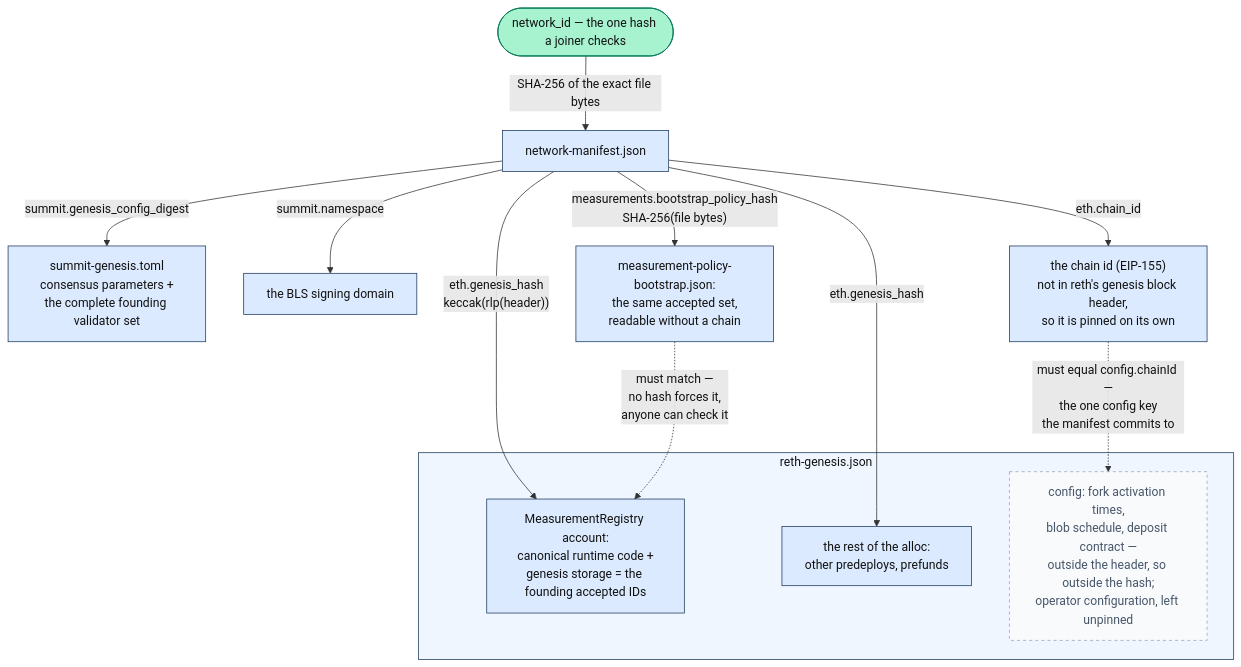
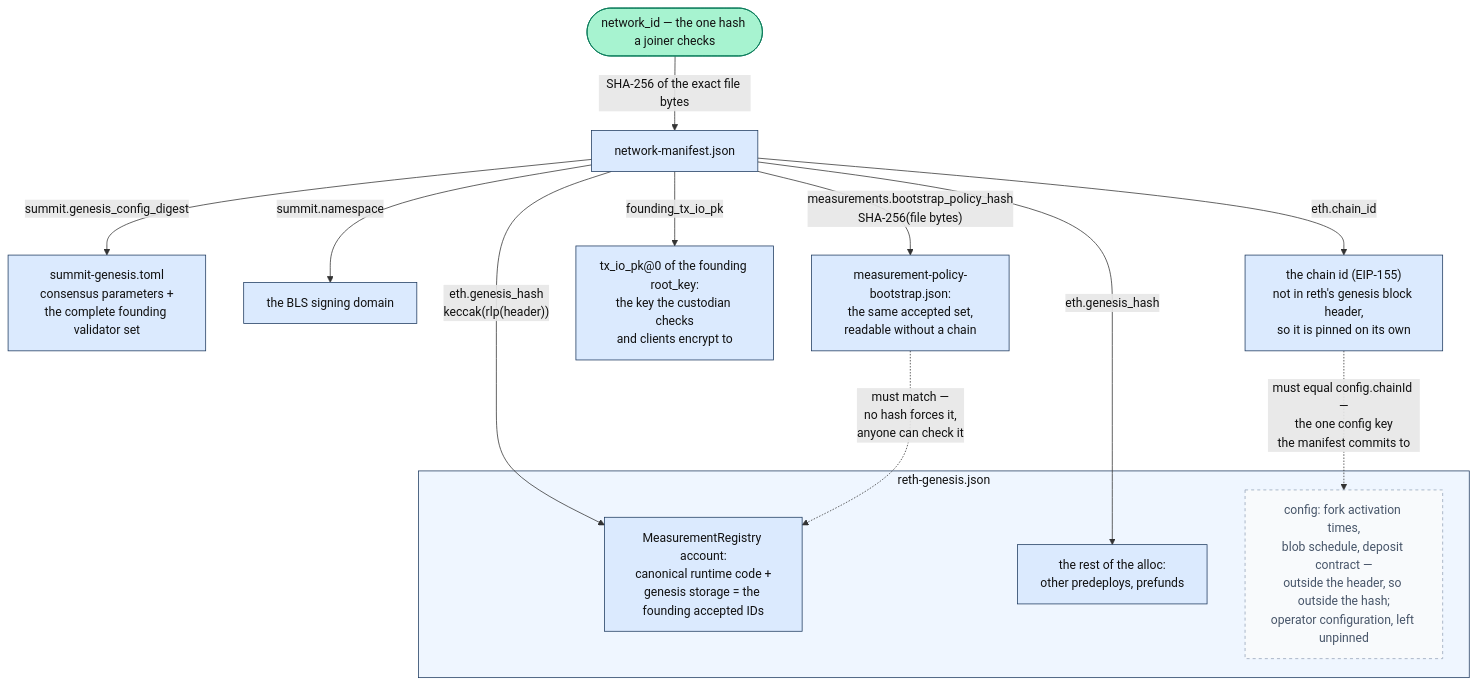
Before and after one commit to SeismicSystems/seismic: the first of 2 diagrams in docs/tee/network-manifest.md, drawn with Mermaid. The commit also changed other lines of this file and 2 other files, not shown here.

````diff
--- a/docs/tee/network-manifest.md
+++ b/docs/tee/network-manifest.md
@@ -14,26 +16,27 @@
 ```mermaid
 flowchart TD
     NID(["network_id — the one hash a joiner checks"])
     NID -->|"SHA-256 of the exact file bytes"| M["network-manifest.json"]
     subgraph RGF["reth-genesis.json"]
         REG["MeasurementRegistry account:<br/>canonical runtime code +<br/>genesis storage = the founding accepted IDs"]
         ALLOC["the rest of the alloc:<br/>other predeploys, prefunds"]
         CFG["config: fork activation times,<br/>blob schedule, deposit contract —<br/>outside the header, so outside the hash;<br/>operator configuration, left unpinned"]
     end
     M -->|"eth.genesis_hash<br/>keccak(rlp(header))"| REG
     M -->|"eth.genesis_hash"| ALLOC
     M -->|"summit.genesis_config_digest"| SG["summit-genesis.toml<br/>consensus parameters +<br/>the complete founding validator set"]
     M -->|"summit.namespace"| NS["the BLS signing domain"]
     M -->|"measurements.bootstrap_policy_hash<br/>SHA-256(file bytes)"| MP["measurement-policy-bootstrap.json:<br/>the same accepted set,<br/>readable without a chain"]
     MP -.->|"must match —<br/>no hash forces it,<br/>anyone can check it"| REG
+    M -->|"founding_tx_io_pk"| TX["tx_io_pk@0 of the founding root_key:<br/>the key the custodian checks<br/>and clients encrypt to"]
     M -->|"eth.chain_id"| CID["the chain id (EIP-155)<br/>not in reth's genesis block header,<br/>so it is pinned on its own"]
     CID -.->|"must equal config.chainId —<br/>the one config key<br/>the manifest commits to"| CFG
 
     classDef pinned fill:#dbeafe,stroke:#1e3a5f,color:#111;
     classDef root fill:#a7f3d0,stroke:#047857,color:#111;
     classDef unpinned fill:#f8fafc,stroke:#94a3b8,stroke-dasharray:4,color:#475569;
-    class M,SG,MP,REG,ALLOC,CID,NS pinned;
+    class M,SG,MP,REG,ALLOC,CID,NS,TX pinned;
     class NID root;
     class CFG unpinned;
     style RGF fill:#eff6ff,stroke:#1e3a5f,color:#111;
 ```
````
